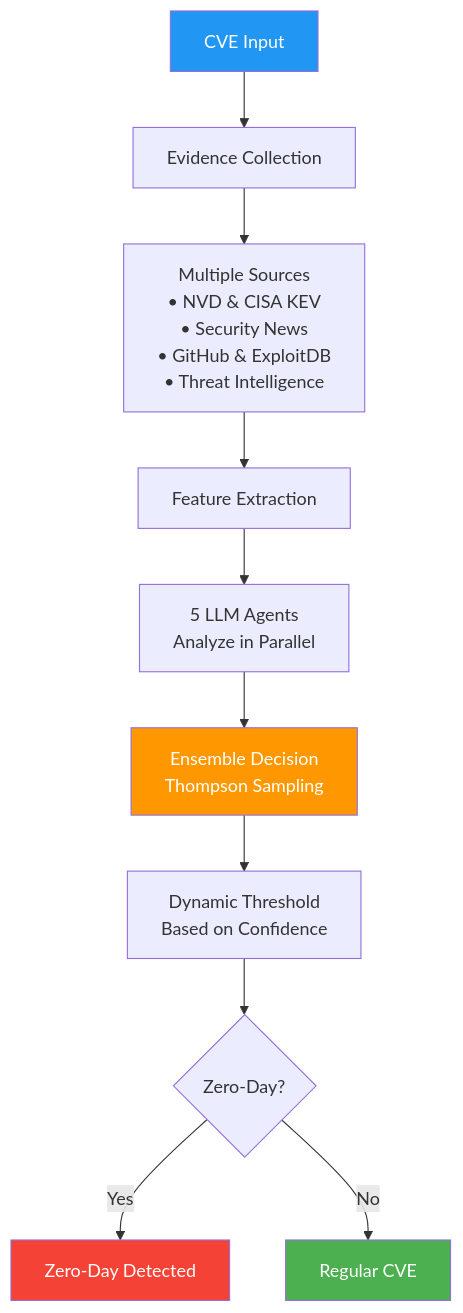
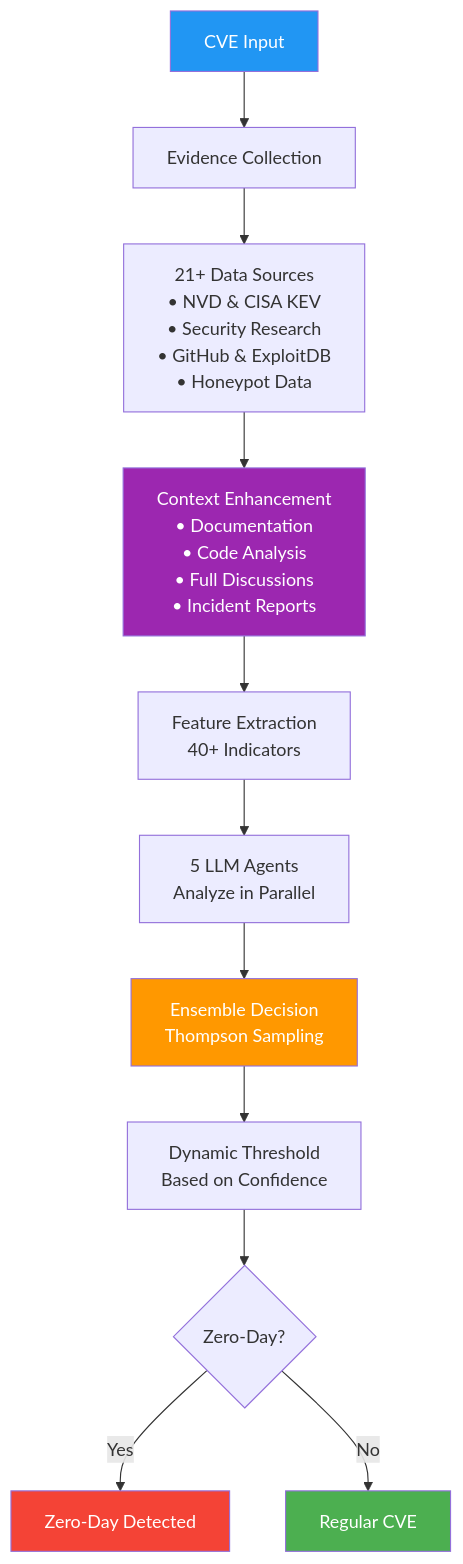
One commit to lodetomasi/zero-day-llm-ensemble changed the first of 2 diagrams in README.md. Above: the diagram before and after it, drawn with Mermaid. The commit also changed other lines of this file and 9 other files, not shown here.

First line of the commit message:
Add context-enhanced detection and user documentation

````diff
--- a/README.md
+++ b/README.md
@@ -32,24 +32,27 @@
 ```mermaid
 graph TD
     CVE[CVE Input] --> SCRAPER[Evidence Collection]
     
-    SCRAPER --> SOURCES[Multiple Sources<br/>• NVD & CISA KEV<br/>• Security News<br/>• GitHub & ExploitDB<br/>• Threat Intelligence]
+    SCRAPER --> SOURCES[21+ Data Sources<br/>• NVD & CISA KEV<br/>• Security Research<br/>• GitHub & ExploitDB<br/>• Honeypot Data]
     
-    SOURCES --> FEATURES[Feature Extraction]
+    SOURCES --> CONTEXT[Context Enhancement<br/>• Documentation<br/>• Code Analysis<br/>• Full Discussions<br/>• Incident Reports]
+    
+    CONTEXT --> FEATURES[Feature Extraction<br/>40+ Indicators]
     
     FEATURES --> AGENTS[5 LLM Agents<br/>Analyze in Parallel]
     
     AGENTS --> ENSEMBLE[Ensemble Decision<br/>Thompson Sampling]
     
     ENSEMBLE --> THRESHOLD[Dynamic Threshold<br/>Based on Confidence]
     
     THRESHOLD --> RESULT{Zero-Day?}
     
     RESULT -->|Yes| ZERODAY[Zero-Day Detected]
     RESULT -->|No| REGULAR[Regular CVE]
     
     style CVE fill:#2196F3,color:#fff
     style ZERODAY fill:#F44336,color:#fff
     style REGULAR fill:#4CAF50,color:#fff
     style ENSEMBLE fill:#FF9800,color:#fff
+    style CONTEXT fill:#9C27B0,color:#fff
 ```
````
